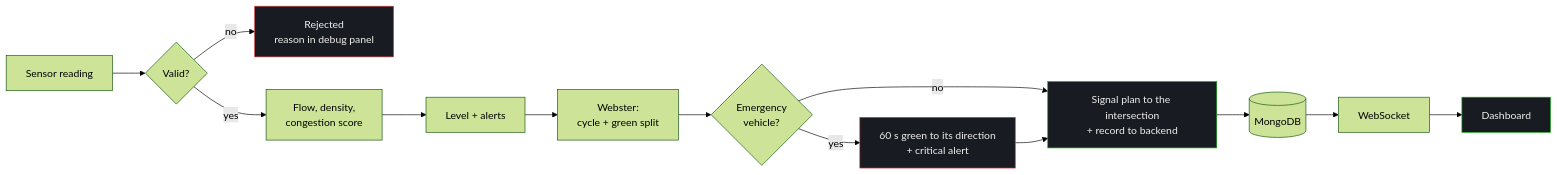
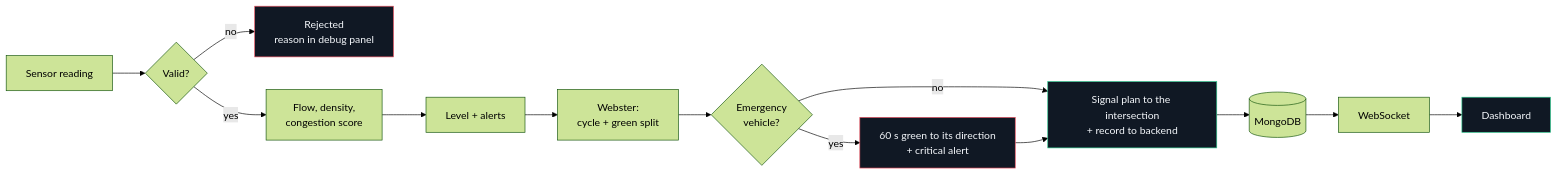
One commit to AnassLAMAALAM/FlowSense changed the second of 2 diagrams in README.md. Above: the diagram before and after it, drawn with Mermaid (forest theme). The commit also changed other lines of this file, not shown here.

````diff
--- a/README.md
+++ b/README.md
@@ -114,18 +114,18 @@
 ```mermaid
 flowchart LR
     A[Sensor reading] --> V{Valid?}
     V -- no --> R[Rejected<br/>reason in debug panel]
     V -- yes --> P[Flow, density,<br/>congestion score]
     P --> C[Level + alerts]
     C --> G[Webster:<br/>cycle + green split]
     G --> E{Emergency<br/>vehicle?}
     E -- yes --> EP[60 s green to its direction<br/>+ critical alert]
     E -- no --> OUT
     EP --> OUT[Signal plan to the intersection<br/>+ record to backend]
     OUT --> DB[(MongoDB)] --> WS[WebSocket] --> UI[Dashboard]
 
-    classDef bad fill:#181b21,stroke:#d03b3b,color:#f0efec
-    classDef good fill:#181b21,stroke:#0ca30c,color:#f0efec
+    classDef bad fill:#101824,stroke:#f05261,color:#f5f8fc
+    classDef good fill:#101824,stroke:#27c58a,color:#f5f8fc
     class R,EP bad
     class OUT,UI good
 ```
````
